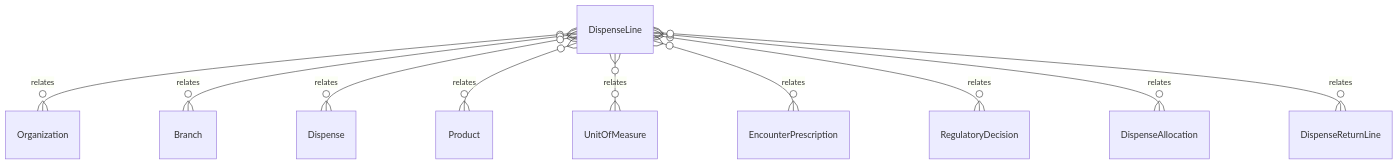
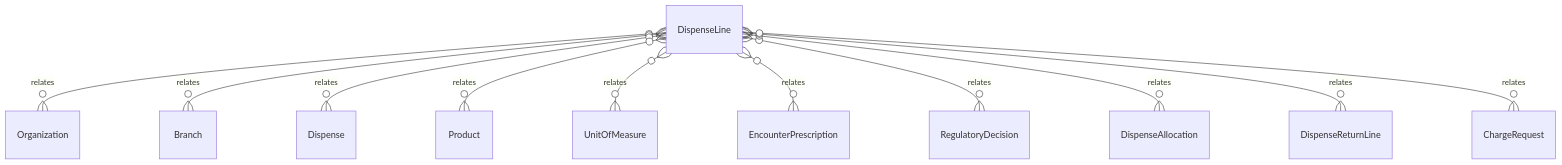
The diagram in .kb/Database/DispenseLine.md (tejasnirala/rcln), drawn with Mermaid before and after one commit. The commit also changed other lines of this file and 171 other files, not shown here.

````diff
--- a/.kb/Database/DispenseLine.md
+++ b/.kb/Database/DispenseLine.md
@@ -63,12 +64,13 @@
 ```mermaid
 erDiagram
     DispenseLine }o--o{ Organization : relates
     DispenseLine }o--o{ Branch : relates
     DispenseLine }o--o{ Dispense : relates
     DispenseLine }o--o{ Product : relates
     DispenseLine }o--o{ UnitOfMeasure : relates
     DispenseLine }o--o{ EncounterPrescription : relates
     DispenseLine }o--o{ RegulatoryDecision : relates
     DispenseLine }o--o{ DispenseAllocation : relates
     DispenseLine }o--o{ DispenseReturnLine : relates
+    DispenseLine }o--o{ ChargeRequest : relates
 ```
````
